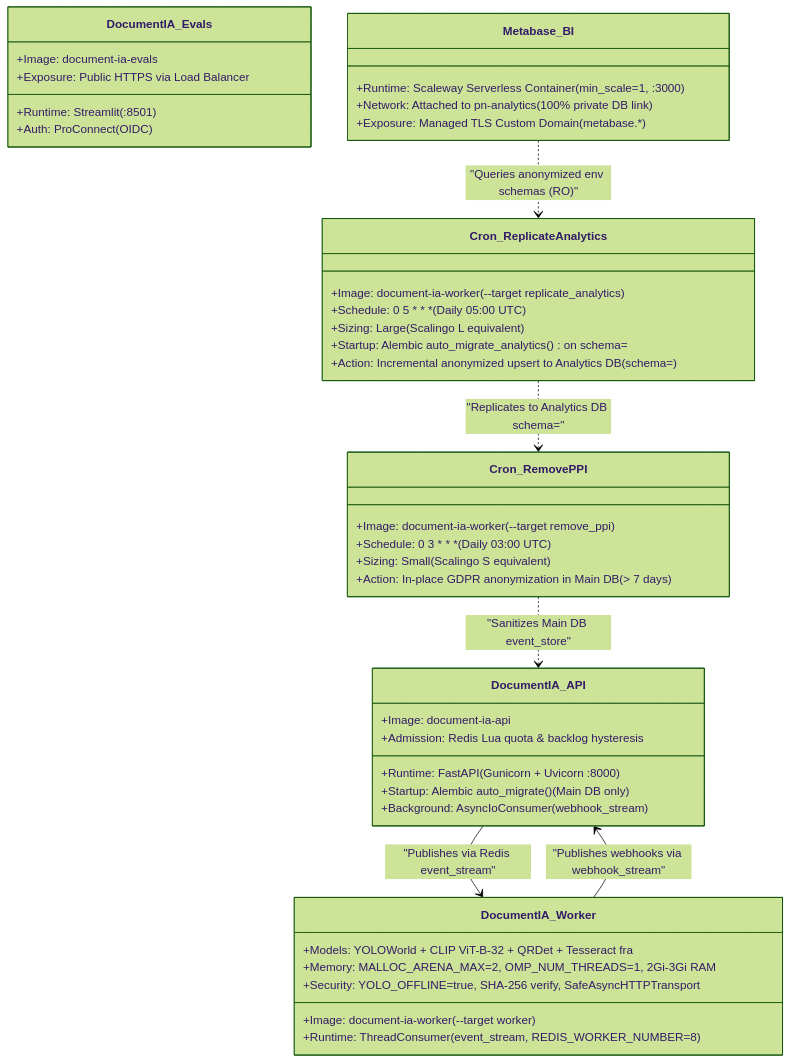
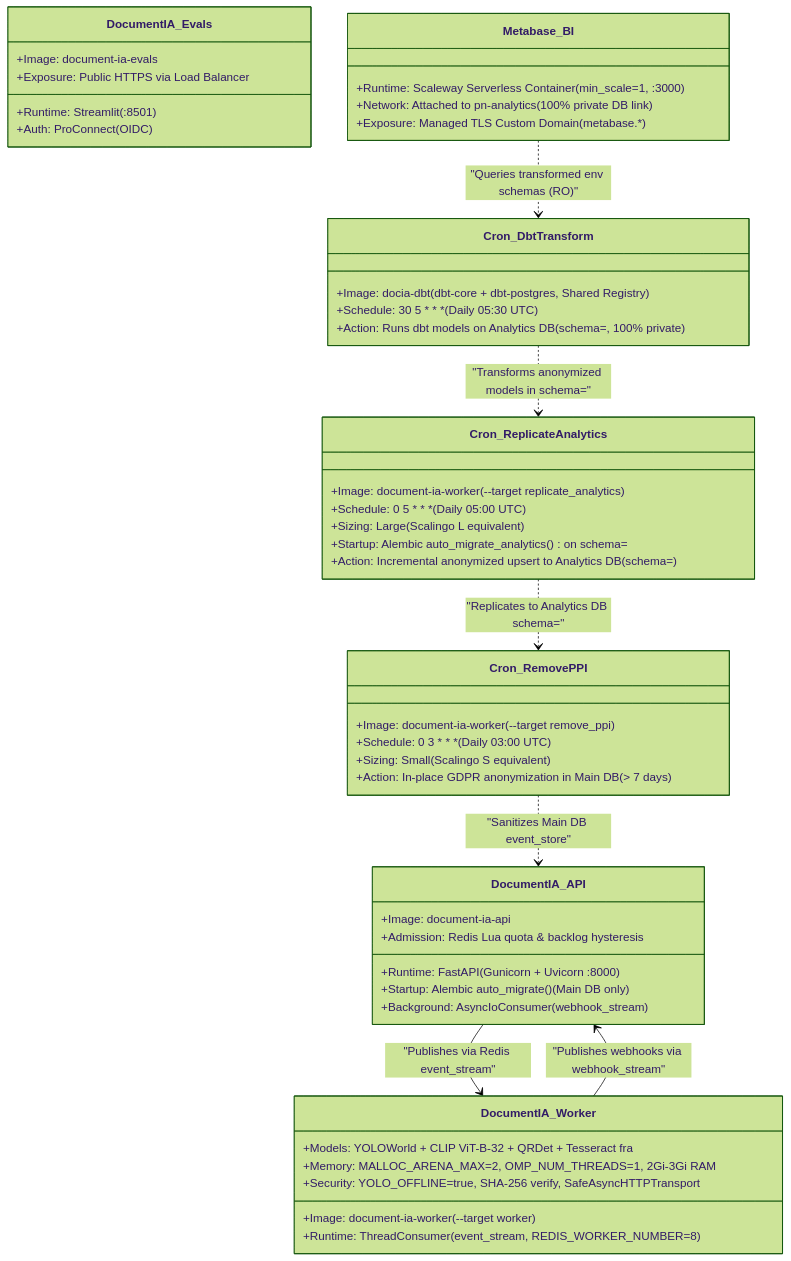
One commit to etalab-ia/document-ia-infra changed the fourth of 17 diagrams in docs/ARCHITECTURE.md. Above: the diagram before and after it, drawn with Mermaid (forest theme). The commit also changed other lines of this file, not shown here.

Commit message:
docs(architecture): add in-VPC dbt-core CronJob replacing dbt Cloud

````diff
--- a/docs/ARCHITECTURE.md
+++ b/docs/ARCHITECTURE.md
@@ -294,47 +295,53 @@
 ```mermaid
 classDiagram
     class DocumentIA_API {
         +Image: document-ia-api
         +Runtime: FastAPI (Gunicorn + Uvicorn :8000)
         +Startup: Alembic auto_migrate() (Main DB only)
         +Background: AsyncIoConsumer (webhook_stream)
         +Admission: Redis Lua quota & backlog hysteresis
     }
     class DocumentIA_Worker {
         +Image: document-ia-worker (--target worker)
         +Runtime: ThreadConsumer (event_stream, REDIS_WORKER_NUMBER=8)
         +Models: YOLOWorld + CLIP ViT-B-32 + QRDet + Tesseract fra
         +Memory: MALLOC_ARENA_MAX=2, OMP_NUM_THREADS=1, 2Gi-3Gi RAM
         +Security: YOLO_OFFLINE=true, SHA-256 verify, SafeAsyncHTTPTransport
     }
     class DocumentIA_Evals {
         +Image: document-ia-evals
         +Runtime: Streamlit (:8501)
         +Auth: ProConnect (OIDC)
         +Exposure: Public HTTPS via Load Balancer
     }
     class Cron_RemovePPI {
         +Image: document-ia-worker (--target remove_ppi)
         +Schedule: 0 3 * * * (Daily 03:00 UTC)
         +Sizing: Small (Scalingo S equivalent)
         +Action: In-place GDPR anonymization in Main DB (> 7 days)
     }
     class Cron_ReplicateAnalytics {
         +Image: document-ia-worker (--target replicate_analytics)
         +Schedule: 0 5 * * * (Daily 05:00 UTC)
         +Sizing: Large (Scalingo L equivalent)
         +Startup: Alembic auto_migrate_analytics() on schema=<env>
         +Action: Incremental anonymized upsert to Analytics DB (schema=<env>)
     }
+    class Cron_DbtTransform {
+        +Image: docia-dbt (dbt-core + dbt-postgres, Shared Registry)
+        +Schedule: 30 5 * * * (Daily 05:30 UTC)
+        +Action: Runs dbt models on Analytics DB (schema=<env>, 100% private)
+    }
     class Metabase_BI {
         +Runtime: Scaleway Serverless Container (min_scale=1, :3000)
         +Network: Attached to pn-analytics (100% private DB link)
         +Exposure: Managed TLS Custom Domain (metabase.*)
     }
 
     DocumentIA_API --> DocumentIA_Worker : "Publishes via Redis event_stream"
     DocumentIA_Worker --> DocumentIA_API : "Publishes webhooks via webhook_stream"
     Cron_RemovePPI ..> DocumentIA_API : "Sanitizes Main DB event_store"
     Cron_ReplicateAnalytics ..> Cron_RemovePPI : "Replicates to Analytics DB schema=<env>"
-    Metabase_BI ..> Cron_ReplicateAnalytics : "Queries anonymized env schemas (RO)"
+    Cron_DbtTransform ..> Cron_ReplicateAnalytics : "Transforms anonymized models in schema=<env>"
+    Metabase_BI ..> Cron_DbtTransform : "Queries transformed env schemas (RO)"
 ```
````
